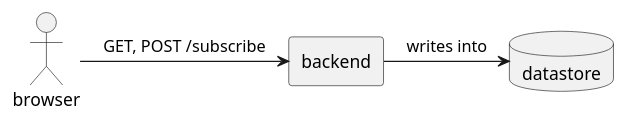
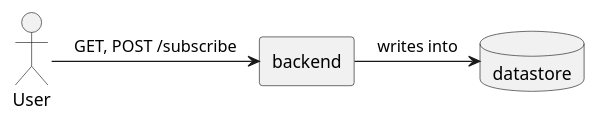
Before and after one commit to abchau/architecture-by-examples: the diagram in docs/diagrams/use-case.puml, drawn with PlantUML. The commit also changed 14 other files, not shown here.

```diff
--- a/docs/diagrams/use-case.puml
+++ b/docs/diagrams/use-case.puml
@@ -1,11 +1,11 @@
 @startuml
 
-actor browser
+actor User
 
 rectangle backend
 database datastore
 
-browser -right-> backend: GET, POST /subscribe
+User -right-> backend: GET, POST /subscribe
 backend -right-> datastore: writes into
 
 @enduml
```
